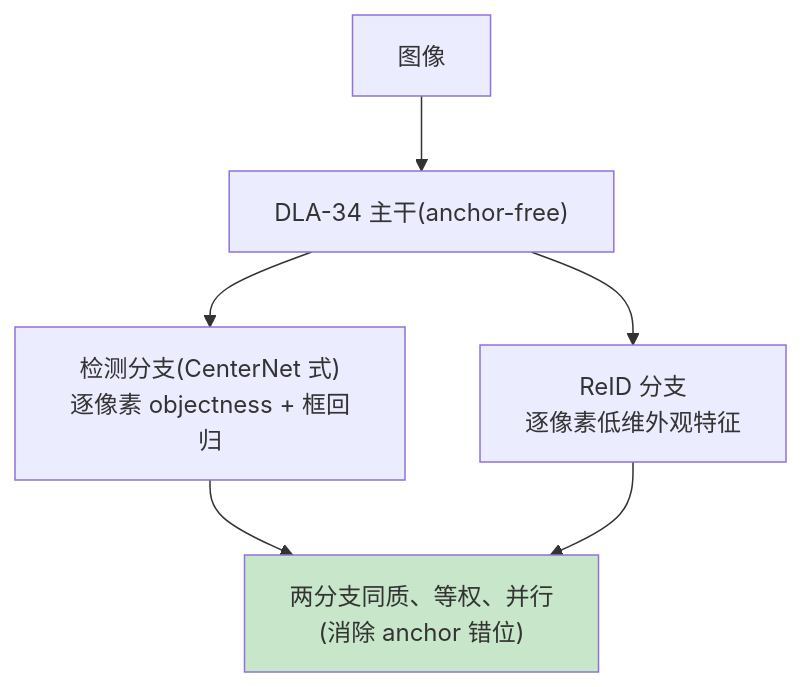
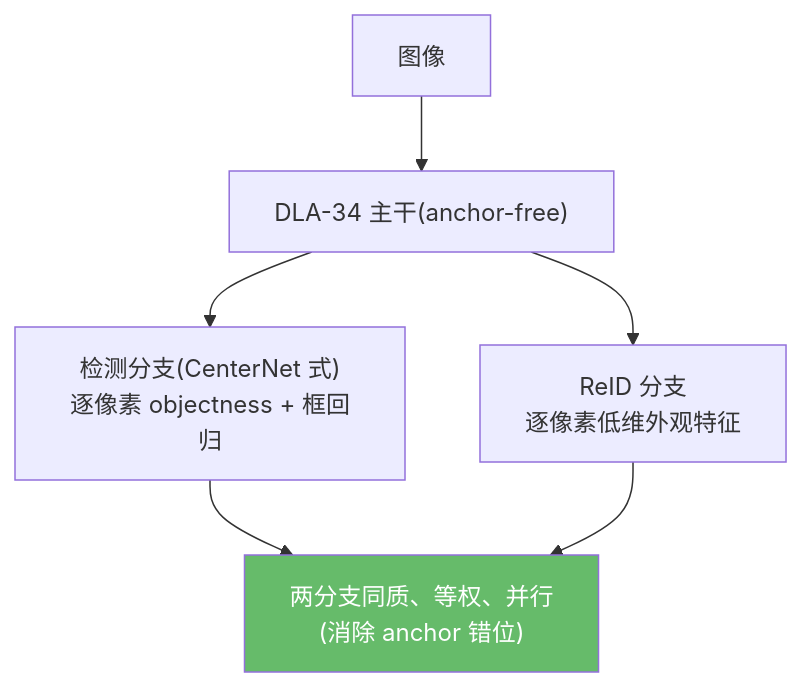
One commit to yyq19990828/onnxtools changed the third of 5 diagrams in docs/guides/tracking/jde-family.md. Above: the diagram before and after it, drawn with Mermaid. The commit also changed other lines of this file and 12 other files, not shown here.

First line of the commit message:
fix(docs): 修复 mermaid 暗色模式配色 + 语法报错 + 数学公式渲染

````diff
--- a/docs/guides/tracking/jde-family.md
+++ b/docs/guides/tracking/jde-family.md
@@ -54,9 +54,9 @@
 ```mermaid
 graph TD
     IMG["图像"] --> DLA["DLA-34 主干(anchor-free)"]
     DLA --> B1["检测分支(CenterNet 式)<br/>逐像素 objectness + 框回归"]
     DLA --> B2["ReID 分支<br/>逐像素低维外观特征"]
     B1 --> EQ["两分支同质、等权、并行<br/>(消除 anchor 错位)"]
     B2 --> EQ
-    style EQ fill:#c8e6c9
+    style EQ fill:#66bb6a,color:#fff
 ```
````
